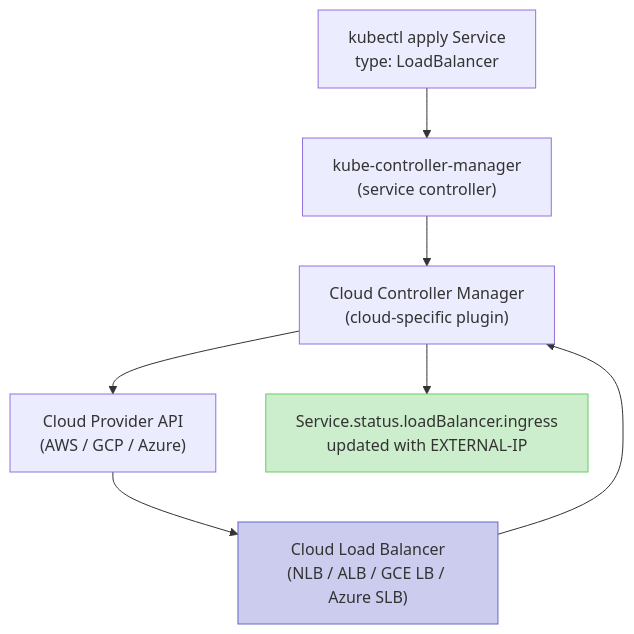
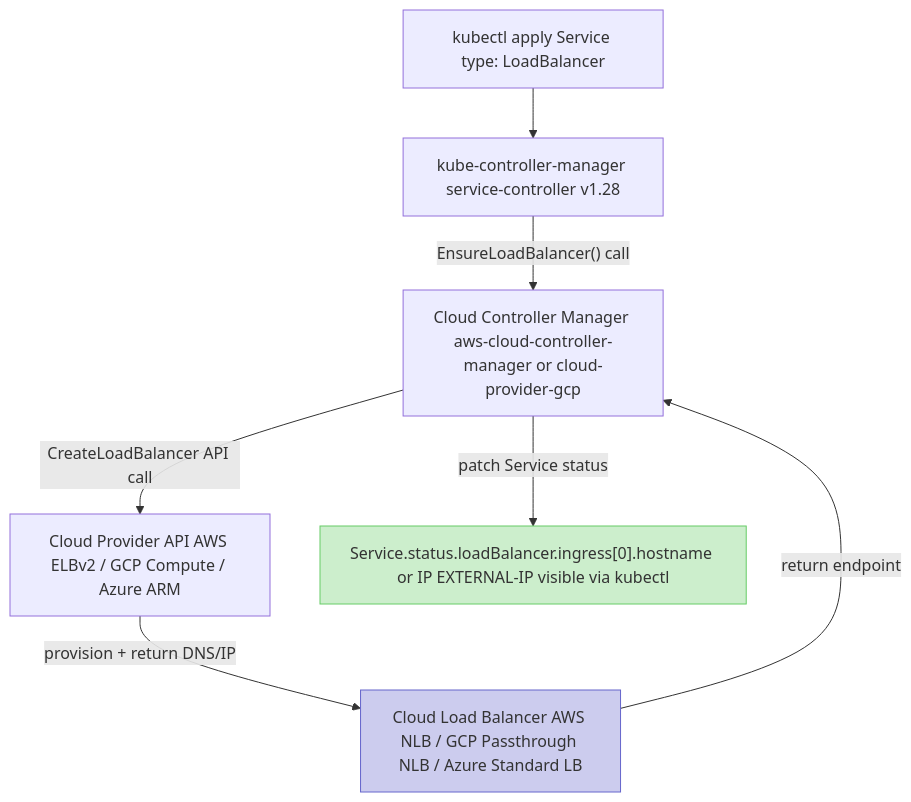
The first of 2 diagrams in lessons/20-cloud-load-balancers.md (MykolaLebid/Kubernetes_networking_engineering), drawn with Mermaid before and after one commit. The commit also changed other lines of this file and 35 other files, not shown here.

First line of the commit message:
Restructure all 34 lessons: Theory/Practice split, richer diagrams, industry examples, navigation

````diff
--- a/lessons/20-cloud-load-balancers.md
+++ b/lessons/20-cloud-load-balancers.md
@@ -52,19 +19,19 @@
 ```mermaid
 flowchart TD
-    SA["kubectl apply Service\ntype: LoadBalancer"]
-    KCM["kube-controller-manager\n(service controller)"]
-    CCM["Cloud Controller Manager\n(cloud-specific plugin)"]
-    CAPI["Cloud Provider API\n(AWS / GCP / Azure)"]
-    LB["Cloud Load Balancer\n(NLB / ALB / GCE LB / Azure SLB)"]
-    SVC["Service.status.loadBalancer.ingress\nupdated with EXTERNAL-IP"]
+    SA["kubectl apply Service type: LoadBalancer"]
+    KCM["kube-controller-manager service-controller v1.28"]
+    CCM["Cloud Controller Manager aws-cloud-controller-manager or cloud-provider-gcp"]
+    CAPI["Cloud Provider API AWS ELBv2 / GCP Compute / Azure ARM"]
+    LB["Cloud Load Balancer AWS NLB / GCP Passthrough NLB / Azure Standard LB"]
+    SVC["Service.status.loadBalancer.ingress[0].hostname or IP EXTERNAL-IP visible via kubectl"]
 
     SA --> KCM
-    KCM --> CCM
-    CCM --> CAPI
-    CAPI --> LB
-    LB --> CCM
-    CCM --> SVC
+    KCM --"EnsureLoadBalancer() call"--> CCM
+    CCM --"CreateLoadBalancer API call"--> CAPI
+    CAPI --"provision + return DNS/IP"--> LB
+    LB --"return endpoint"--> CCM
+    CCM --"patch Service status"--> SVC
 
     style LB fill:#cce,stroke:#66c
     style SVC fill:#cec,stroke:#6c6
 ```
````
